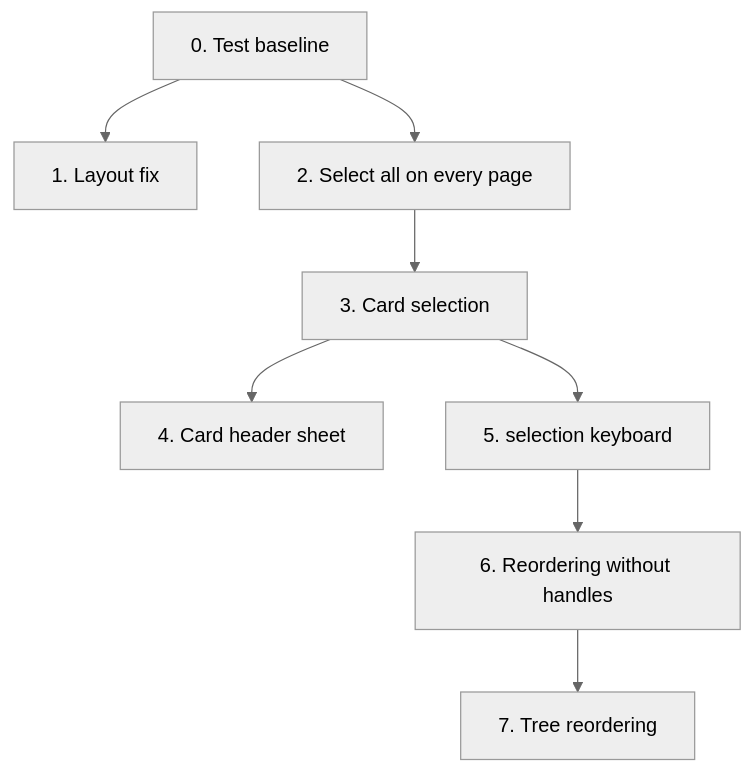
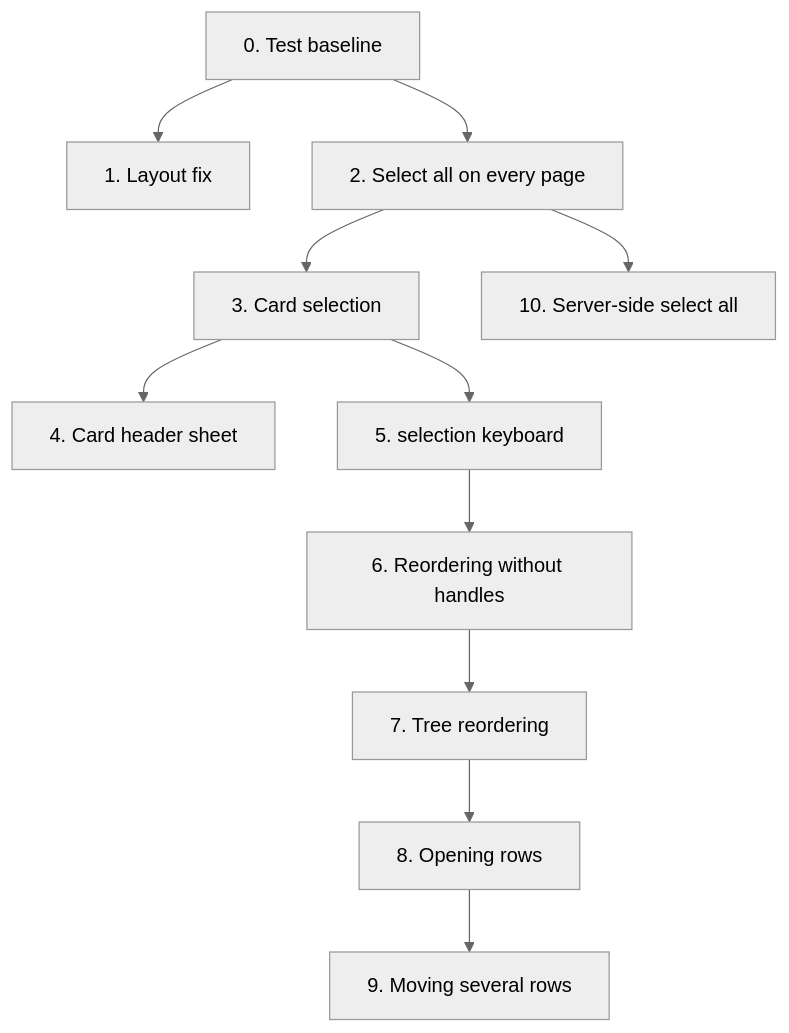
One commit to pgreen00/orb changed the diagram in plans/grid-new-features.md. Above: the diagram before and after it, drawn with Mermaid (neutral theme). The commit also changed other lines of this file and 5 other files, not shown here.

````diff
--- a/plans/grid-new-features.md
+++ b/plans/grid-new-features.md
@@ -66,10 +73,13 @@
 ```mermaid
 flowchart TD
     P0[0. Test baseline] --> P1[1. Layout fix]
     P0 --> P2[2. Select all on every page]
     P2 --> P3[3. Card selection]
     P3 --> P4[4. Card header sheet]
     P3 --> P5[5. selection keyboard]
     P5 --> P6[6. Reordering without handles]
     P6 --> P7[7. Tree reordering]
+    P7 --> P8[8. Opening rows]
+    P8 --> P9[9. Moving several rows]
+    P2 --> P10[10. Server-side select all]
 ```
````
